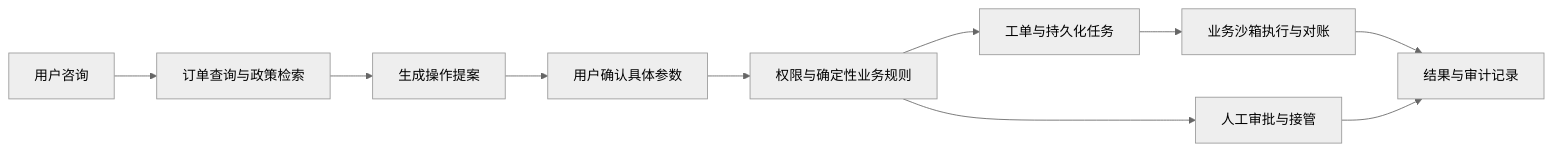
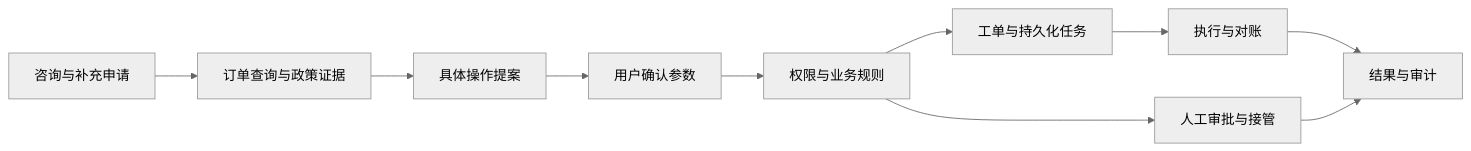
One commit to scallion7/xc_sx_agent changed the diagram in README.md. Above: the diagram before and after it, drawn with Mermaid (neutral theme). The commit also changed other lines of this file and 35 other files, not shown here.

````diff
--- a/README.md
+++ b/README.md
@@ -15,12 +17,12 @@
 ```mermaid
 flowchart LR
-    A[用户咨询] --> B[订单查询与政策检索]
-    B --> C[生成操作提案]
-    C --> D[用户确认具体参数]
-    D --> E[权限与确定性业务规则]
+    A[咨询与补充申请] --> B[订单查询与政策证据]
+    B --> C[具体操作提案]
+    C --> D[用户确认参数]
+    D --> E[权限与业务规则]
     E --> F[工单与持久化任务]
-    F --> G[业务沙箱执行与对账]
+    F --> G[执行与对账]
     E --> H[人工审批与接管]
-    G --> I[结果与审计记录]
+    G --> I[结果与审计]
     H --> I
 ```
````
